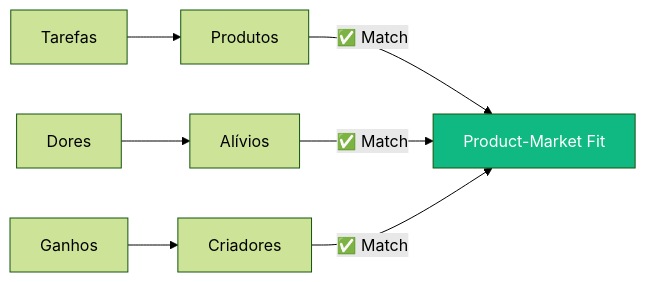
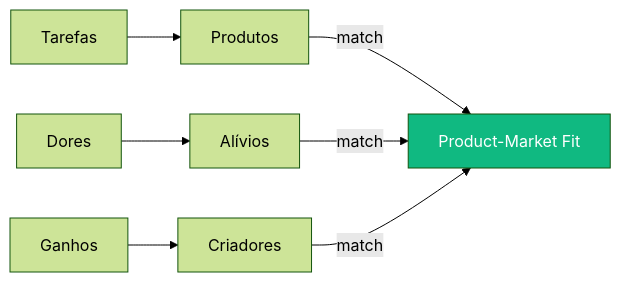
Before and after one commit to matheusmendes720/workconnect-tcc: the ninth of 10 diagrams in documentation/docs/estrategia/proposta-valor.mdx, drawn with Mermaid (forest theme). The commit also changed other lines of this file and 16 other files, not shown here.

````diff
--- a/documentation/docs/estrategia/proposta-valor.mdx
+++ b/documentation/docs/estrategia/proposta-valor.mdx
@@ -292,12 +327,12 @@
 ```mermaid
 flowchart LR
     T[Tarefas] --> F1[Produtos]
     P[Dores] --> F2[Alívios]
     G[Ganhos] --> F3[Criadores]
-    
-    F1 -->|"✅ Match"| M[Product-Market Fit]
-    F2 -->|"✅ Match"| M
-    F3 -->|"✅ Match"| M
-    
+
+    F1 -->|match| M[Product-Market Fit]
+    F2 -->|match| M
+    F3 -->|match| M
+
     style M fill:#10b981,color:#fff
 ```
````
